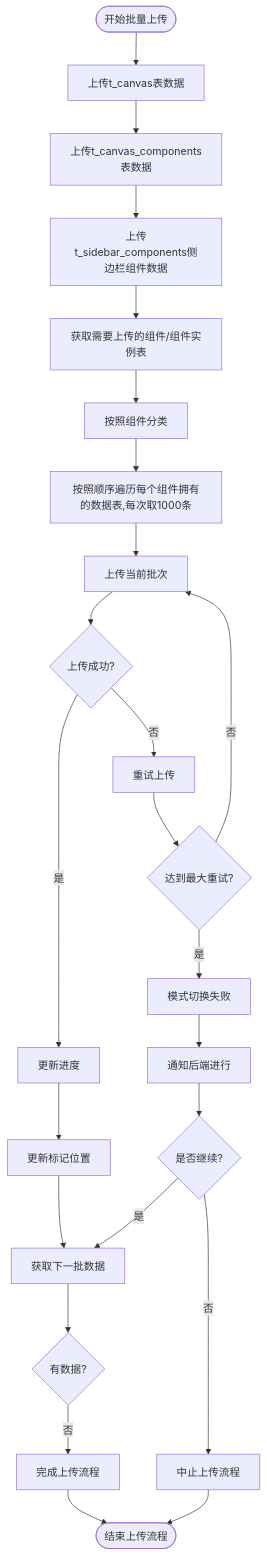
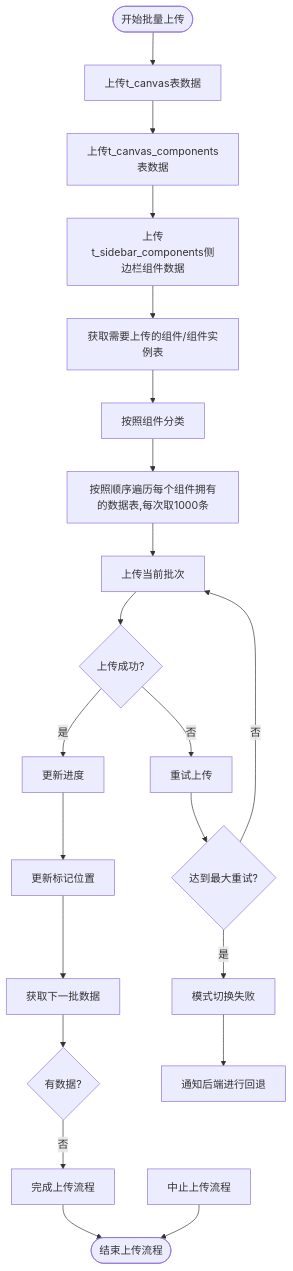
The diagram in all/未命名-51.md (yingjianzh/iodraw-files), drawn with Mermaid before and after one commit.

Commit message:
2025-05-08 17:36:20 update

````diff
--- a/all/未命名-51.md
+++ b/all/未命名-51.md
@@ -1,35 +1,33 @@
 ```mermaid
 flowchart TD
     Start([开始批量上传]) --> UploadSpaceData[上传t_canvas表数据]
     UploadSpaceData --> UploadComponentListData[上传t_canvas_components表数据]
     UploadComponentListData --> UploadSiderComponent[上传t_sidebar_components侧边栏组件数据]
     UploadSiderComponent --> FetchData[获取需要上传的组件/组件实例表]
     FetchData --> ClassifyData[按照组件分类]
     ClassifyData --> UploadData[按照顺序遍历每个组件拥有的数据表,每次取1000条]
     UploadData --> UploadBatch[上传当前批次]
     
     UpdateProgress --> UpdateMarker[更新标记位置]
     UpdateMarker --> FetchNextBatch[获取下一批数据]
     
     FetchNextBatch --> CheckResults{有数据?}
     CheckResults -->|否| CompleteUpload[完成上传流程]
      
     
     UploadBatch --> UploadSuccess{上传成功?}
     UploadSuccess -->|是| UpdateProgress[更新进度]
     UploadSuccess -->|否| RetryUpload[重试上传]
     
     RetryUpload --> MaxRetries{达到最大重试?}
     MaxRetries -->|否| UploadBatch
     MaxRetries -->|是| ErrorHandling[模式切换失败]
     
-    ErrorHandling --> ReportError[通知后端进行]
-    ReportError --> ContinueOption{是否继续?}
-    ContinueOption -->|是| FetchNextBatch
-    ContinueOption -->|否| AbortProcess[中止上传流程]
+    ErrorHandling --> ReportError[通知后端进行回退]
+   AbortProcess[中止上传流程]
     
     
     
     CompleteUpload --> End([结束上传流程])
     AbortProcess --> End
 ```
````
